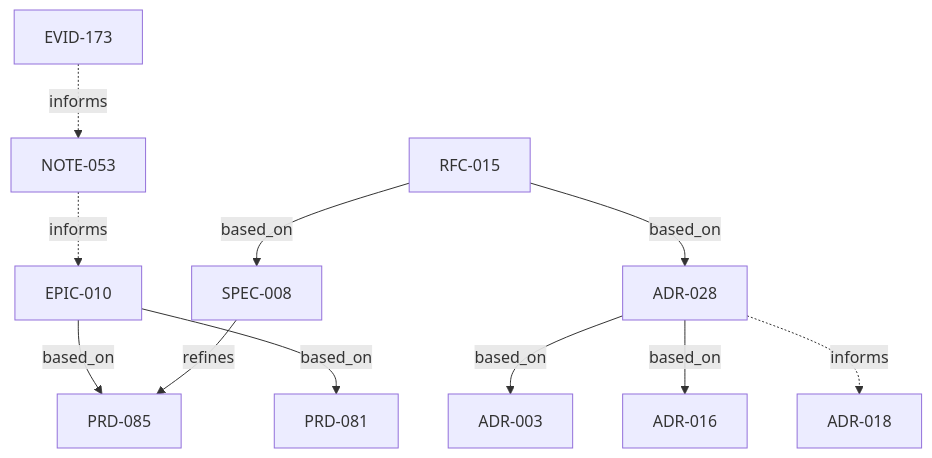
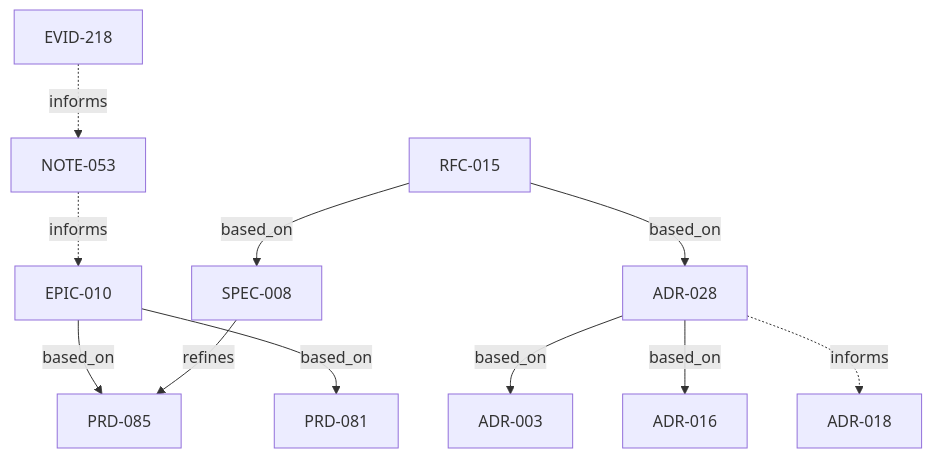
Before and after one commit to ForgePlan/forgeplan: the diagram in .forgeplan/epics/EPIC-010-constellation-contextpack.md, drawn with Mermaid. The commit also changed 7 other files, not shown here.

````diff
--- a/.forgeplan/epics/EPIC-010-constellation-contextpack.md
+++ b/.forgeplan/epics/EPIC-010-constellation-contextpack.md
@@ -90,13 +90,13 @@
 ```mermaid
 graph TD
     E[EPIC-010] -->|based_on| PRD085[PRD-085]
     E -->|based_on| PRD081[PRD-081]
     S[SPEC-008] -->|refines| PRD085
     R[RFC-015] -->|based_on| S
     R -->|based_on| D[ADR-028]
     D -->|based_on| ADR003[ADR-003]
     D -->|based_on| ADR016[ADR-016]
     D -.->|informs| ADR018[ADR-018]
     N[NOTE-053] -.->|informs| E
-    J[EVID-173] -.->|informs| N
+    J[EVID-218] -.->|informs| N
 ```
````
